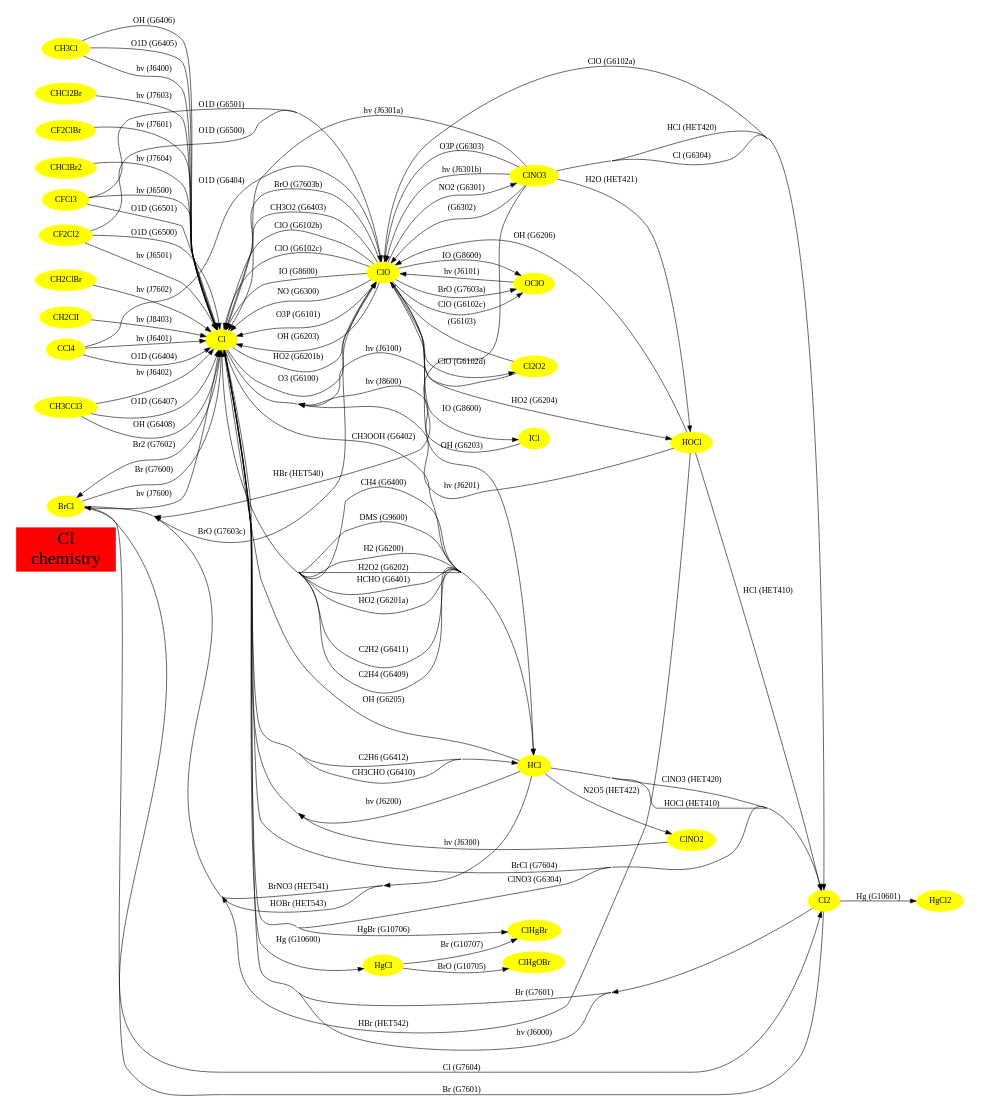
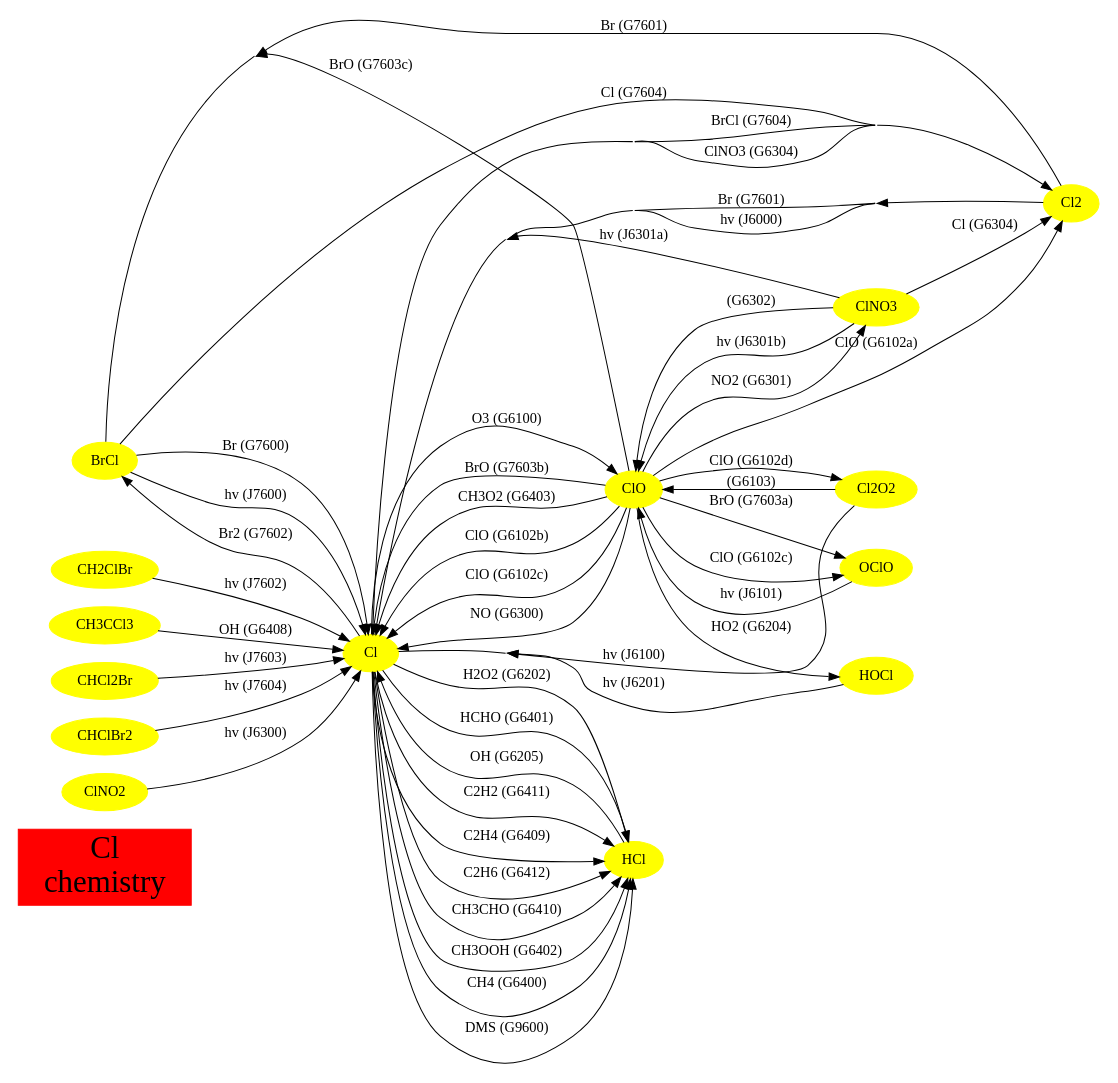
The diagram in mecca/graphviz/Cl.dot (HartwigHarder/CAABA), drawn with Graphviz before and after one commit. The commit also changed 86 other files, not shown here.

```diff
--- a/mecca/graphviz/Cl.dot
+++ b/mecca/graphviz/Cl.dot
@@ -1,128 +1,73 @@
 // Created automatically by xgraphviz, DO NOT EDIT!
 digraph Cl {
   concentrate=true;
   rankdir=LR;
   size="8,8";
 "Cl\nchemistry"
   [shape=box, fontsize=30,
   style="filled", color=red];
 subgraph species {
 node[shape=oval,
   color=yellow,
   style="filled"];
 BrCl
-CCl4
-CF2Cl2
-CF2ClBr
-CFCl3
 CH2ClBr
-CH2ClI
 CH3CCl3
-CH3Cl
 CHCl2Br
 CHClBr2
 Cl
 Cl2
 Cl2O2
-ClHgBr
-ClHgOBr
 ClNO2
 ClNO3
 ClO
 HCl
 HOCl
-HgCl
-HgCl2
-ICl
 OClO
 }
 BrCl -> Cl [label = "Br (G7600)"];
 BrCl -> Cl [label = "hv (J7600)"];
 BrCl -> Cl2 [label = "Cl (G7604)"];
-CCl4 -> Cl [label = "O1D (G6404)"];
-CCl4 -> Cl [label = "hv (J6401)"];
-CCl4 -> ClO [label = "O1D (G6404)"];
-CF2Cl2 -> Cl [label = "O1D (G6500)"];
-CF2Cl2 -> Cl [label = "hv (J6501)"];
-CF2Cl2 -> ClO [label = "O1D (G6500)"];
-CF2ClBr -> Cl [label = "hv (J7601)"];
-CFCl3 -> Cl [label = "O1D (G6501)"];
-CFCl3 -> Cl [label = "hv (J6500)"];
-CFCl3 -> ClO [label = "O1D (G6501)"];
 CH2ClBr -> Cl [label = "hv (J7602)"];
-CH2ClI -> Cl [label = "hv (J8403)"];
-CH3CCl3 -> Cl [label = "O1D (G6407)"];
 CH3CCl3 -> Cl [label = "OH (G6408)"];
-CH3CCl3 -> Cl [label = "hv (J6402)"];
-CH3Cl -> Cl [label = "O1D (G6405)"];
-CH3Cl -> Cl [label = "OH (G6406)"];
-CH3Cl -> Cl [label = "hv (J6400)"];
 CHCl2Br -> Cl [label = "hv (J7603)"];
 CHClBr2 -> Cl [label = "hv (J7604)"];
 Cl -> BrCl [label = "Br2 (G7602)"];
 Cl -> Cl2 [label = "BrCl (G7604)"];
 Cl -> Cl2 [label = "ClNO3 (G6304)"];
-Cl -> ClHgBr [label = "HgBr (G10706)"];
-Cl -> ClO [label = "HO2 (G6201b)"];
 Cl -> ClO [label = "O3 (G6100)"];
 Cl -> HCl [label = "C2H2 (G6411)"];
 Cl -> HCl [label = "C2H4 (G6409)"];
 Cl -> HCl [label = "C2H6 (G6412)"];
 Cl -> HCl [label = "CH3CHO (G6410)"];
 Cl -> HCl [label = "CH3OOH (G6402)"];
 Cl -> HCl [label = "CH4 (G6400)"];
 Cl -> HCl [label = "DMS (G9600)"];
-Cl -> HCl [label = "H2 (G6200)"];
 Cl -> HCl [label = "H2O2 (G6202)"];
 Cl -> HCl [label = "HCHO (G6401)"];
-Cl -> HCl [label = "HO2 (G6201a)"];
-Cl -> HgCl [label = "Hg (G10600)"];
 Cl2 -> BrCl [label = "Br (G7601)"];
 Cl2 -> Cl [label = "Br (G7601)"];
 Cl2 -> Cl [label = "hv (J6000)"];
-Cl2 -> HgCl2 [label = "Hg (G10601)"];
 Cl2O2 -> Cl [label = "hv (J6100)"];
 Cl2O2 -> ClO [label = " (G6103)"];
 ClNO2 -> Cl [label = "hv (J6300)"];
-ClNO3 -> BrCl [label = "HBr (HET540)"];
 ClNO3 -> Cl [label = "hv (J6301a)"];
 ClNO3 -> Cl2 [label = "Cl (G6304)"];
-ClNO3 -> Cl2 [label = "HCl (HET420)"];
 ClNO3 -> ClO [label = " (G6302)"];
-ClNO3 -> ClO [label = "O3P (G6303)"];
 ClNO3 -> ClO [label = "hv (J6301b)"];
-ClNO3 -> HOCl [label = "H2O (HET421)"];
 ClO -> BrCl [label = "BrO (G7603c)"];
 ClO -> Cl [label = "BrO (G7603b)"];
 ClO -> Cl [label = "CH3O2 (G6403)"];
 ClO -> Cl [label = "ClO (G6102b)"];
 ClO -> Cl [label = "ClO (G6102c)"];
-ClO -> Cl [label = "IO (G8600)"];
 ClO -> Cl [label = "NO (G6300)"];
-ClO -> Cl [label = "O3P (G6101)"];
-ClO -> Cl [label = "OH (G6203)"];
 ClO -> Cl2 [label = "ClO (G6102a)"];
 ClO -> Cl2O2 [label = "ClO (G6102d)"];
 ClO -> ClNO3 [label = "NO2 (G6301)"];
-ClO -> HCl [label = "OH (G6203)"];
 ClO -> HOCl [label = "HO2 (G6204)"];
-ClO -> ICl [label = "IO (G8600)"];
 ClO -> OClO [label = "BrO (G7603a)"];
 ClO -> OClO [label = "ClO (G6102c)"];
-ClO -> OClO [label = "IO (G8600)"];
-HCl -> BrCl [label = "BrNO3 (HET541)"];
-HCl -> BrCl [label = "HOBr (HET543)"];
 HCl -> Cl [label = "OH (G6205)"];
-HCl -> Cl [label = "hv (J6200)"];
-HCl -> Cl2 [label = "ClNO3 (HET420)"];
-HCl -> Cl2 [label = "HOCl (HET410)"];
-HCl -> ClNO2 [label = "N2O5 (HET422)"];
-HOCl -> BrCl [label = "HBr (HET542)"];
 HOCl -> Cl [label = "hv (J6201)"];
-HOCl -> Cl2 [label = "HCl (HET410)"];
-HOCl -> ClO [label = "OH (G6206)"];
-HgCl -> ClHgBr [label = "Br (G10707)"];
-HgCl -> ClHgOBr [label = "BrO (G10705)"];
-ICl -> Cl [label = "hv (J8600)"];
 OClO -> ClO [label = "hv (J6101)"];
 }
```
